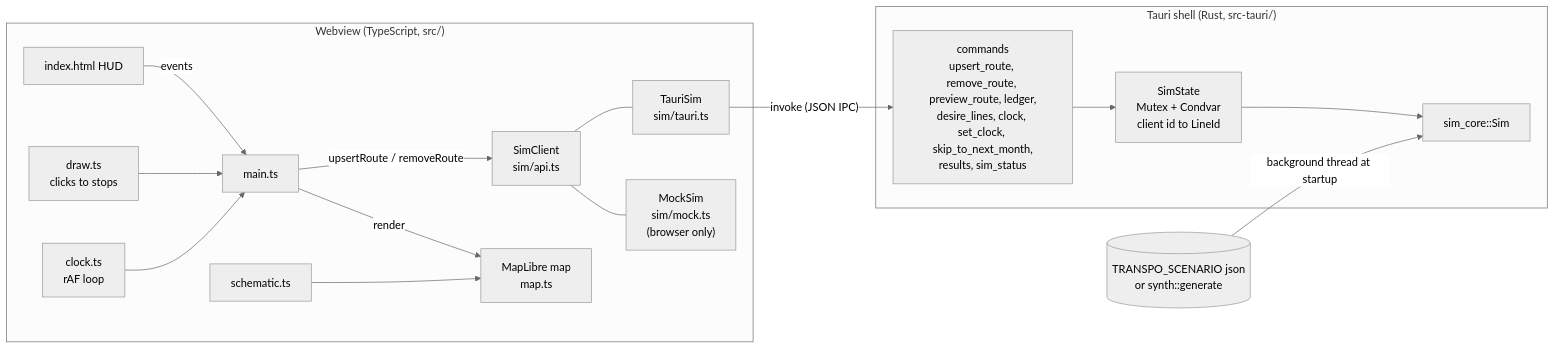
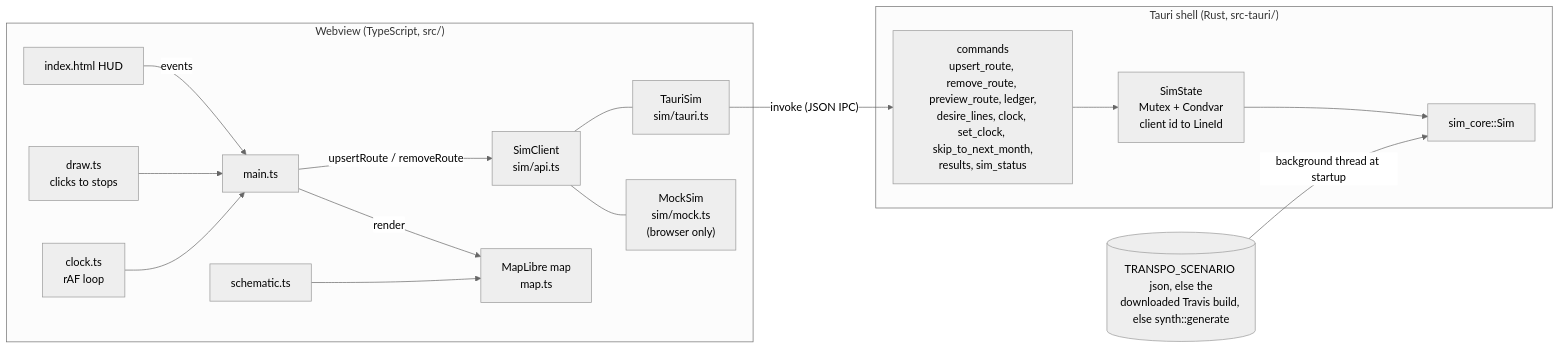
Before and after one commit to mr-gril-em-up/Transportation-Simulator: the first of 2 diagrams in app/docs/ARCHITECTURE.md, drawn with Mermaid (neutral theme). The commit also changed 10 other files, not shown here.

````diff
--- a/app/docs/ARCHITECTURE.md
+++ b/app/docs/ARCHITECTURE.md
@@ -5,19 +5,19 @@
 ```mermaid
 flowchart LR
     subgraph webview["Webview (TypeScript, src/)"]
         hud["index.html HUD"] -->|events| main["main.ts"]
         draw["draw.ts<br/>clicks to stops"] --> main
         main -->|"upsertRoute / removeRoute"| client["SimClient<br/>sim/api.ts"]
         client --- tauri["TauriSim<br/>sim/tauri.ts"]
         client --- mock["MockSim<br/>sim/mock.ts<br/>(browser only)"]
         main -->|render| map["MapLibre map<br/>map.ts"]
         schem["schematic.ts"] --> map
         clock["clock.ts<br/>rAF loop"] --> main
     end
     subgraph shell["Tauri shell (Rust, src-tauri/)"]
         cmds["commands<br/>upsert_route, remove_route, preview_route, ledger,<br/>desire_lines, clock, set_clock, skip_to_next_month,<br/>results, sim_status"] --> state["SimState<br/>Mutex + Condvar<br/>client id to LineId"]
         state --> core["sim_core::Sim"]
     end
     tauri -->|"invoke (JSON IPC)"| cmds
-    scen[("TRANSPO_SCENARIO json<br/>or synth::generate")] -->|"background thread at startup"| core
+    scen[("TRANSPO_SCENARIO json, else the<br/>downloaded Travis build, else synth::generate")] -->|"background thread at startup"| core
 ```
````
